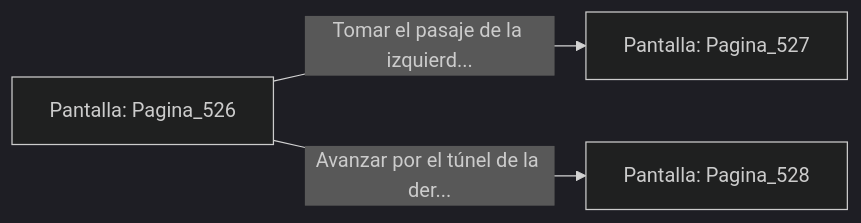
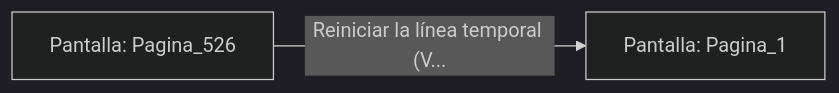
One commit to metsuke/mpl changed the diagram in sample/eligejuego-vault/Pantalla_Pagina_526.md. Above: the diagram before and after it, drawn with Mermaid (dark theme). The commit also changed other lines of this file and 635 other files, not shown here.

First line of the commit message:
fix: añadir Pagina_1 como pantalla inicial en capitulo_01.mpl

````diff
--- a/sample/eligejuego-vault/Pantalla_Pagina_526.md
+++ b/sample/eligejuego-vault/Pantalla_Pagina_526.md
@@ -20,6 +17,5 @@
 ```mermaid
 graph LR
     P_Pagina_526["Pantalla: Pagina_526"]
-    P_Pagina_526 -->|"Tomar el pasaje de la izquierd..."| P_Pagina_527["Pantalla: Pagina_527"]
-    P_Pagina_526 -->|"Avanzar por el túnel de la der..."| P_Pagina_528["Pantalla: Pagina_528"]
+    P_Pagina_526 -->|"Reiniciar la línea temporal (V..."| P_Pagina_1["Pantalla: Pagina_1"]
 ```
````
